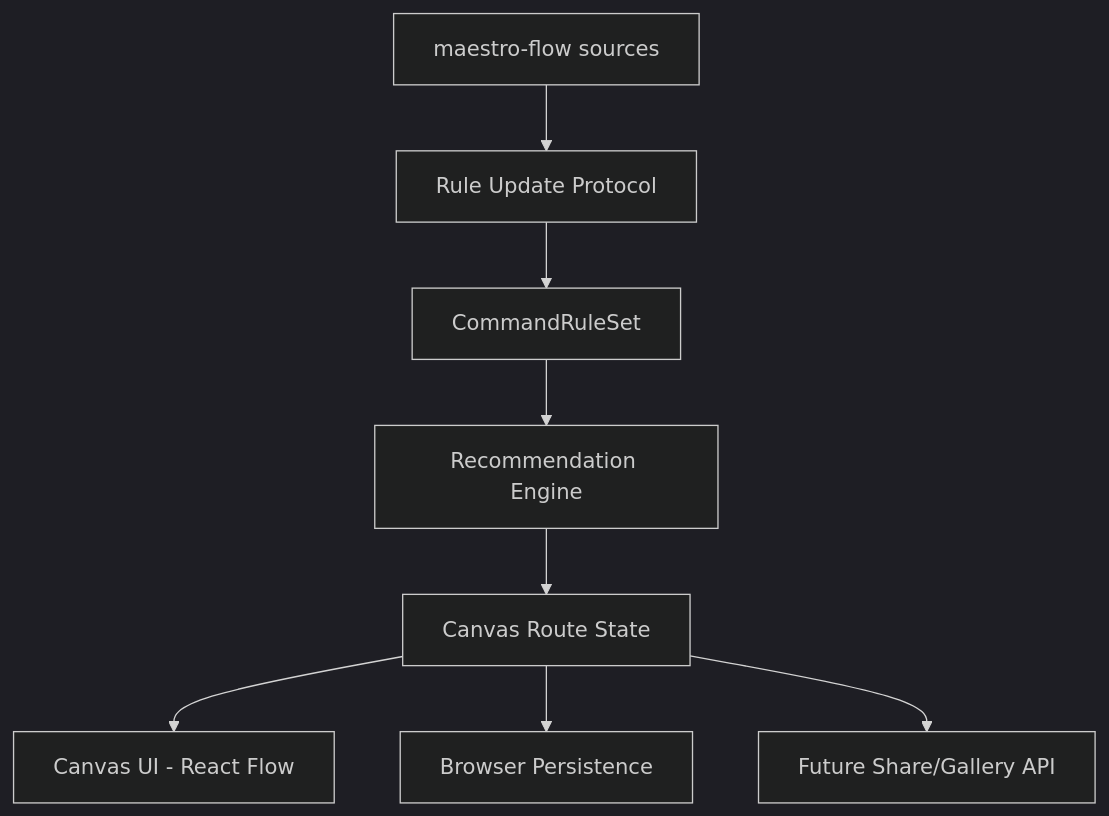
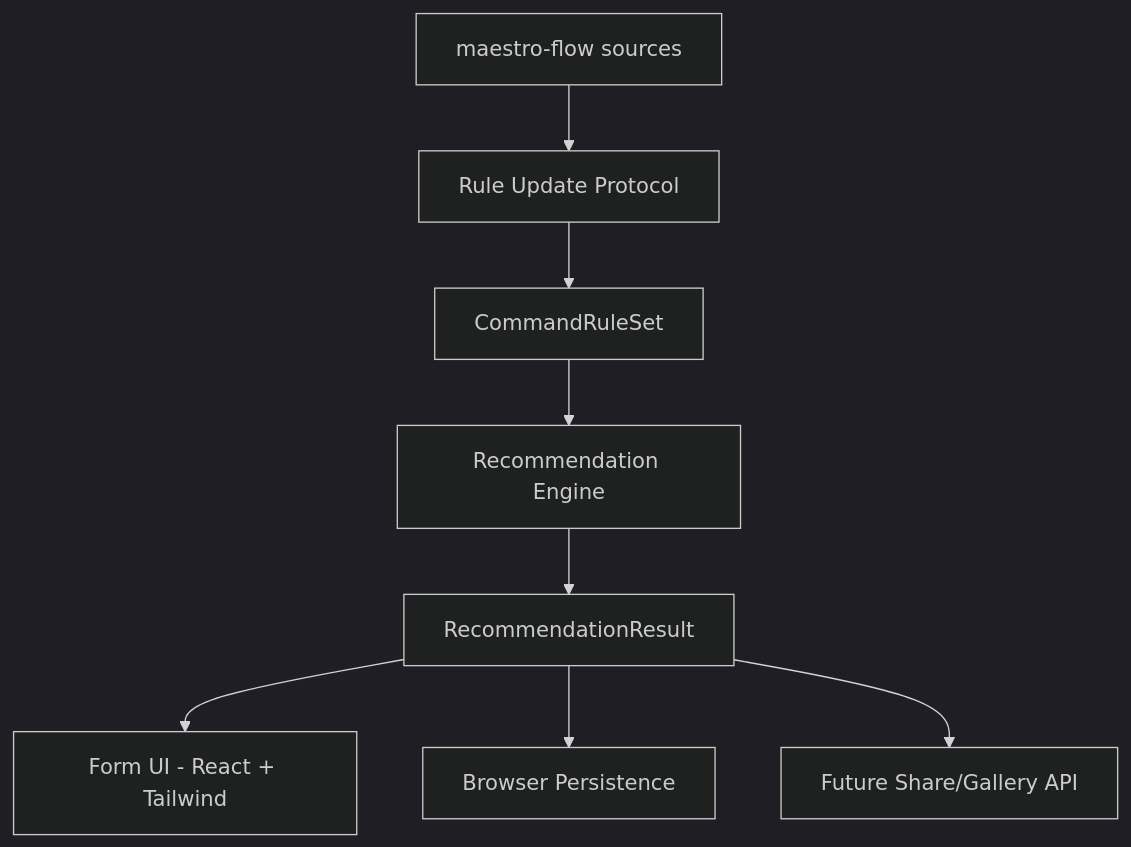
The diagram in .workflow/blueprint/BLP-canvas-maestro-command-recommender-2026-06-28/architecture/_index.md (zhao-wuyan/maestro-wiki), drawn with Mermaid (dark theme) before and after one commit. The commit also changed other lines of this file and 16 other files, not shown here.

````diff
--- a/.workflow/blueprint/BLP-canvas-maestro-command-recommender-2026-06-28/architecture/_index.md
+++ b/.workflow/blueprint/BLP-canvas-maestro-command-recommender-2026-06-28/architecture/_index.md
@@ -11,10 +11,10 @@
 ```mermaid
 graph TD
   Sources[maestro-flow sources] --> Protocol[Rule Update Protocol]
   Protocol --> RuleSet[CommandRuleSet]
   RuleSet --> Recommender[Recommendation Engine]
-  Recommender --> CanvasState[Canvas Route State]
-  CanvasState --> CanvasUI[Canvas UI - React Flow]
-  CanvasState --> LocalStore[Browser Persistence]
-  CanvasState --> ShareAPI[Future Share/Gallery API]
+  Recommender --> ResultModel[RecommendationResult]
+  ResultModel --> FormUI[Form UI - React + Tailwind]
+  ResultModel --> LocalStore[Browser Persistence]
+  ResultModel --> ShareAPI[Future Share/Gallery API]
 ```
````
